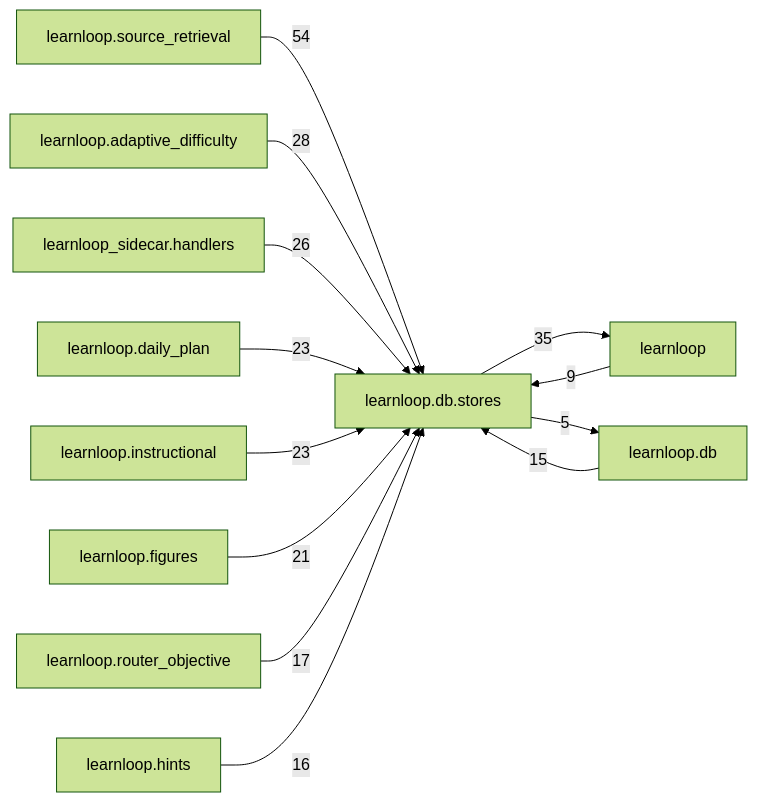
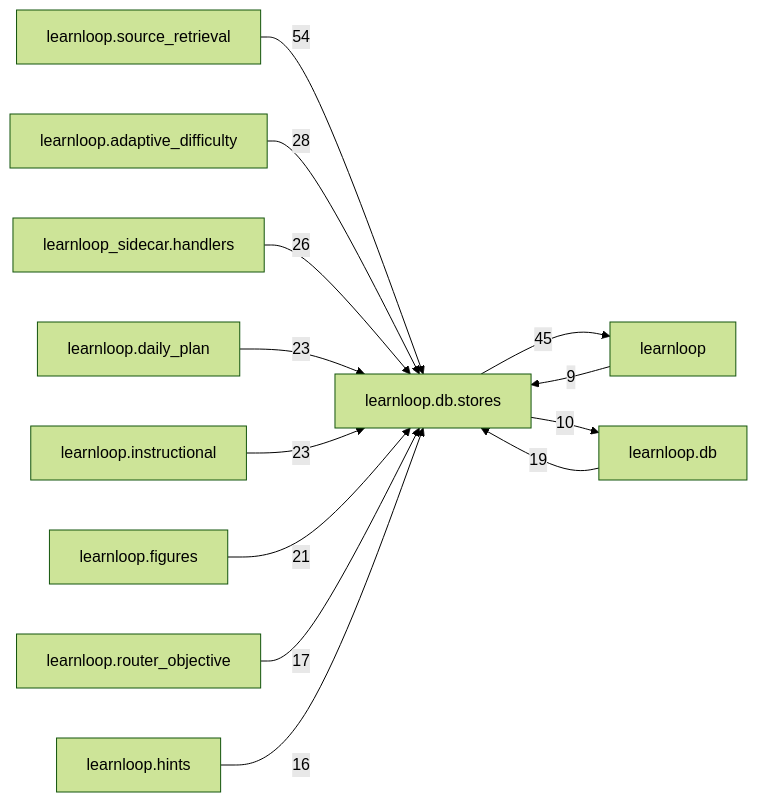
One commit to 6up-b/learnanything changed the diagram in docs/learnloop-architecture-vault/Reference/Modules/learnloop/db/stores/_package.md. Above: the diagram before and after it, drawn with Mermaid (forest theme). The commit also changed other lines of this file and 136 other files, not shown here.

````diff
--- a/docs/learnloop-architecture-vault/Reference/Modules/learnloop/db/stores/_package.md
+++ b/docs/learnloop-architecture-vault/Reference/Modules/learnloop/db/stores/_package.md
@@ -222,26 +233,26 @@
 ```mermaid
 flowchart LR
     center["learnloop.db.stores"]
+    n_learnloop["learnloop"]
     n_learnloop_source_retrieval["learnloop.source_retrieval"]
-    n_learnloop["learnloop"]
+    n_learnloop_db["learnloop.db"]
     n_learnloop_adaptive_difficulty["learnloop.adaptive_difficulty"]
     n_learnloop_sidecar_handlers["learnloop_sidecar.handlers"]
     n_learnloop_daily_plan["learnloop.daily_plan"]
     n_learnloop_instructional["learnloop.instructional"]
     n_learnloop_figures["learnloop.figures"]
-    n_learnloop_db["learnloop.db"]
     n_learnloop_router_objective["learnloop.router_objective"]
     n_learnloop_hints["learnloop.hints"]
+    n_learnloop -->|9| center
+    center -->|45| n_learnloop
     n_learnloop_source_retrieval -->|54| center
-    n_learnloop -->|9| center
-    center -->|35| n_learnloop
+    n_learnloop_db -->|19| center
+    center -->|10| n_learnloop_db
     n_learnloop_adaptive_difficulty -->|28| center
     n_learnloop_sidecar_handlers -->|26| center
     n_learnloop_daily_plan -->|23| center
     n_learnloop_instructional -->|23| center
     n_learnloop_figures -->|21| center
-    n_learnloop_db -->|15| center
-    center -->|5| n_learnloop_db
     n_learnloop_router_objective -->|17| center
     n_learnloop_hints -->|16| center
 ```
````
